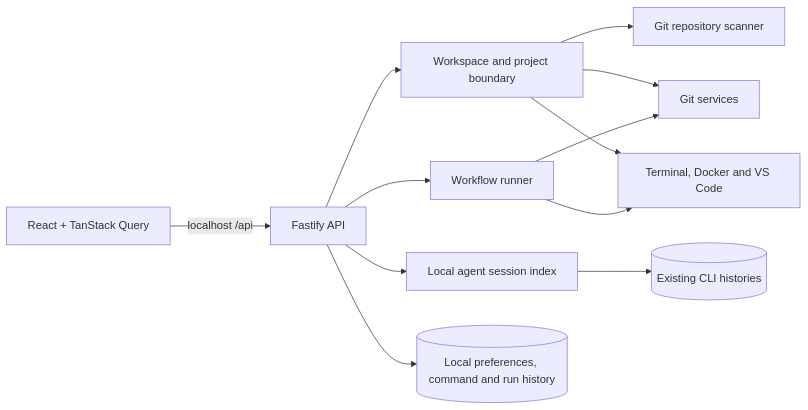
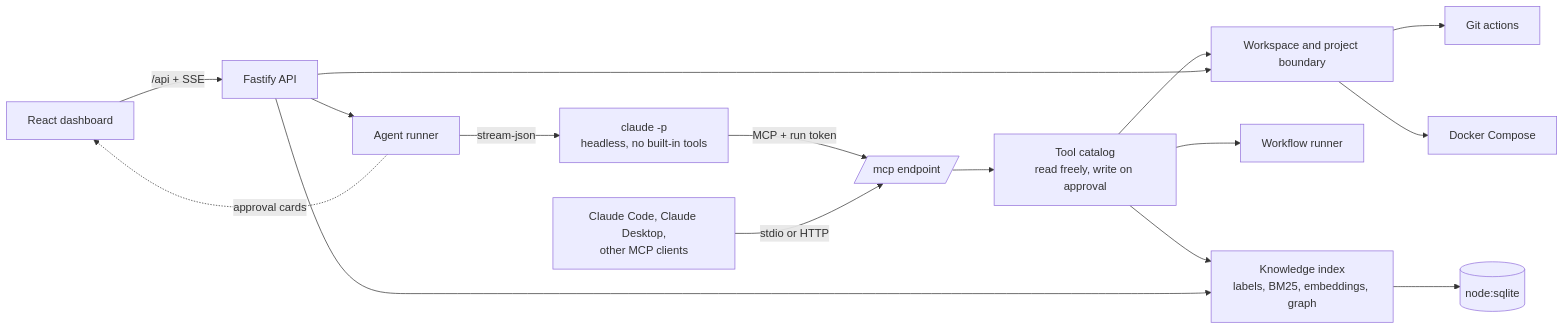
Before and after one commit to LorenzoVicino/repo-control: the diagram in README.md, drawn with Mermaid. The commit also changed other lines of this file and 21 other files, not shown here.

````diff
--- a/README.md
+++ b/README.md
@@ -107,14 +119,18 @@
 ```mermaid
 flowchart LR
-    UI[React + TanStack Query] -->|localhost /api| API[Fastify API]
-    API --> Boundary[Workspace and project boundary]
-    Boundary --> Scan[Git repository scanner]
-    Boundary --> Git[Git services]
-    Boundary --> Commands[Terminal, Docker and VS Code]
-    API --> Agents[Local agent session index]
-    API --> Workflow[Workflow runner]
-    Workflow --> Git
-    Workflow --> Commands
-    API --> Local[(Local preferences, command and run history)]
-    Agents --> CLIs[(Existing CLI histories)]
+    UI[React dashboard] -->|/api + SSE| API[Fastify API]
+    API --> Runner[Agent runner]
+    Runner -->|stream-json| Claude[claude -p<br/>headless, no built-in tools]
+    Claude -->|MCP + run token| MCP[/mcp endpoint/]
+    Clients[Claude Code, Claude Desktop,<br/>other MCP clients] -->|stdio or HTTP| MCP
+    MCP --> Tools[Tool catalog<br/>read freely, write on approval]
+    Runner -. approval cards .-> UI
+    Tools --> Boundary[Workspace and project boundary]
+    Boundary --> Git[Git actions]
+    Boundary --> Docker[Docker Compose]
+    Tools --> Workflow[Workflow runner]
+    Tools --> Knowledge[Knowledge index<br/>labels, BM25, embeddings, graph]
+    Knowledge --> SQLite[(node:sqlite)]
+    API --> Knowledge
+    API --> Boundary
 ```
````
